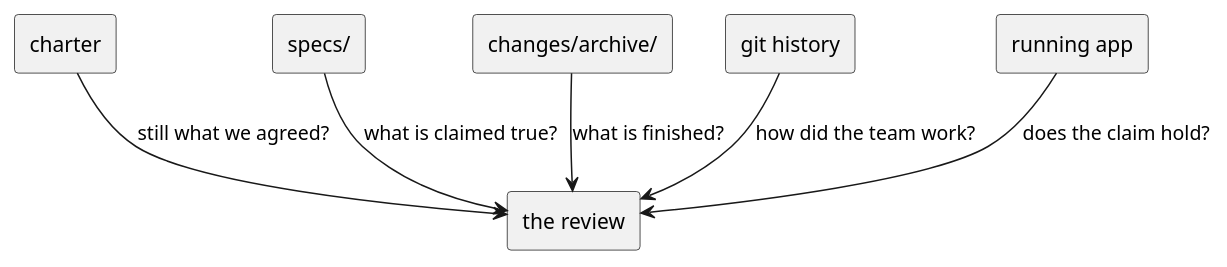
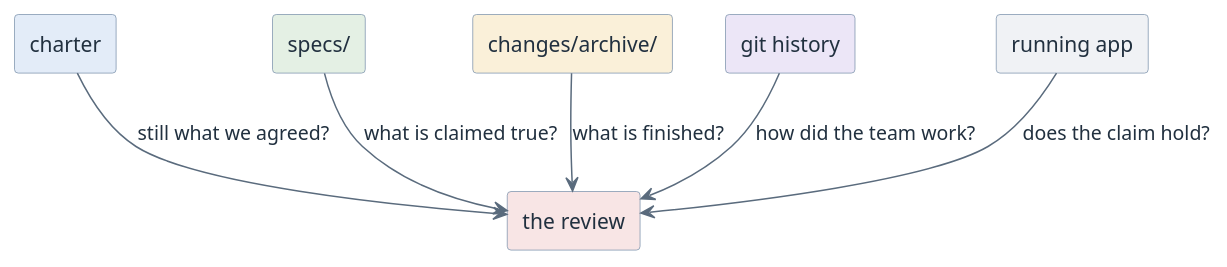
One commit to htl-leonding-college/curriculum-syp3 changed the diagram in modules/review-milestone-1/questions.adoc. Above: the diagram before and after it, drawn with PlantUML. The commit also changed 65 other files, not shown here.

First line of the commit message:
feat(site): give the diagrams a semantic pastel palette

```diff
--- a/modules/review-milestone-1/questions.adoc
+++ b/modules/review-milestone-1/questions.adoc
@@ -22,18 +22,21 @@
 [plantuml,q-review-sources,svg]
 ----
 @startuml
-skinparam monochrome true
+<style>
+element { BackgroundColor #EDF3FA; LineColor #7C93AD; FontColor #21303F }
+arrow { LineColor #5A6B7D; FontColor #21303F }
+</style>
 skinparam shadowing false
-rectangle "charter" as CH
-rectangle "specs/" as SP
-rectangle "changes/archive/" as AR
-rectangle "git history" as GI
-rectangle "running app" as AP
-rectangle "the review" as RV
+rectangle "charter" as CH #E3ECF8
+rectangle "specs/" as SP #E4F0E4
+rectangle "changes/archive/" as AR #FAF0D9
+rectangle "git history" as GI #ECE6F7
+rectangle "running app" as AP #F0F2F5
+rectangle "the review" as RV #F8E5E5
 CH --> RV : still what we agreed?
 SP --> RV : what is claimed true?
 AR --> RV : what is finished?
 GI --> RV : how did the team work?
 AP --> RV : does the claim hold?
 @enduml
 ----
```
